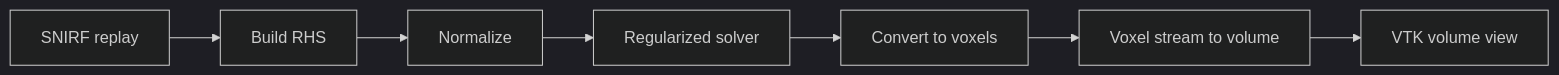
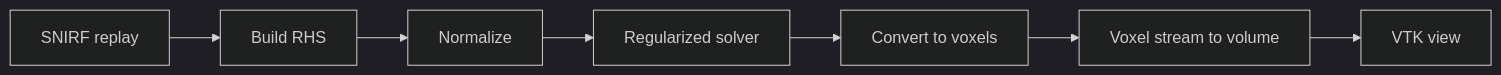
The diagram in applications/bci_visualization/README.md (nvidia-holoscan/holoscan-applications), drawn with Mermaid (dark theme) before and after one commit. The commit also changed other lines of this file and 7 other files, not shown here.

````diff
--- a/applications/bci_visualization/README.md
+++ b/applications/bci_visualization/README.md
@@ -172,9 +172,9 @@
 ```mermaid
 flowchart LR
     S[SNIRF replay] --> B[Build RHS]
     B --> N[Normalize]
     N --> R[Regularized solver]
     R --> C[Convert to voxels]
     C --> V[Voxel stream to volume]
-    V --> W[VTK volume view]
+    V --> W[VTK view]
 ```
````
